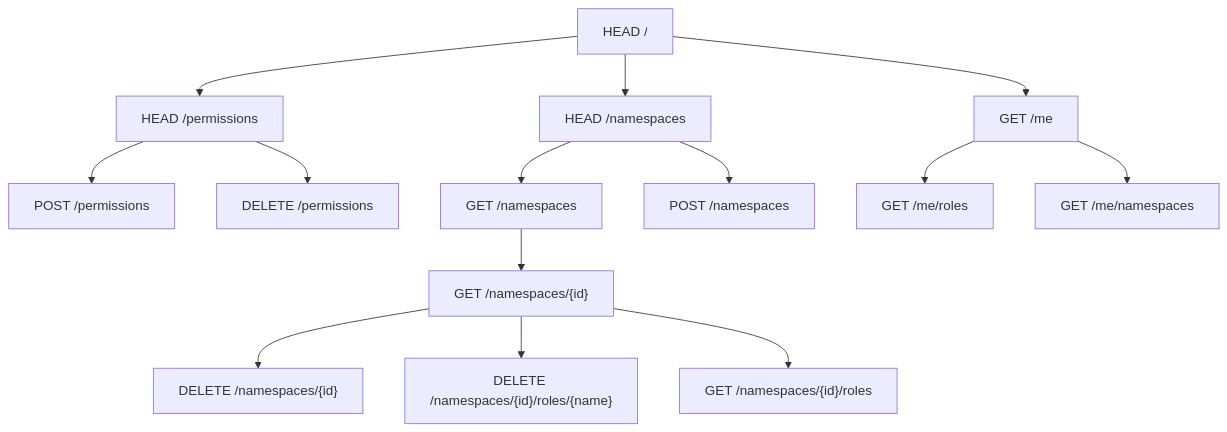
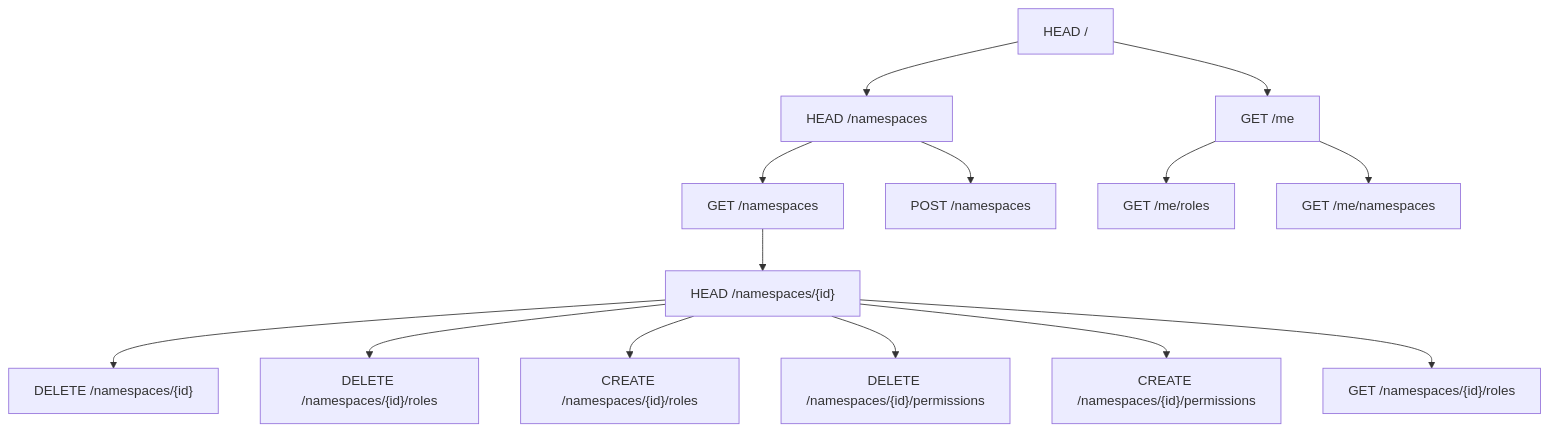
The diagram in guard-server/README.md (Mcfloy/guard), drawn with Mermaid before and after one commit. The commit also changed 13 other files, not shown here.

````diff
--- a/guard-server/README.md
+++ b/guard-server/README.md
@@ -42,30 +42,30 @@
 ```mermaid
 flowchart TB
     Root["HEAD /"]
-    PermissionsInfo["HEAD /permissions"]
-    PermissionsGrant["POST /permissions"]
-    PermissionsRemove["DELETE /permissions"]
     NamespacesInfo["HEAD /namespaces"]
     NamespacesList["GET /namespaces"]
     NamespacesCreate["POST /namespaces"]
     NamespacesDelete["DELETE /namespaces/{id}"]
-    NamespacesId["GET /namespaces/{id}"]
+    NamespacesId["HEAD /namespaces/{id}"]
     NamespacesRoles["GET /namespaces/{id}/roles"]
-    NamespacesDeleteRoles["DELETE /namespaces/{id}/roles/{name}"]
+    NamespacesCreateRoles["CREATE /namespaces/{id}/roles"]
+    NamespacesDeleteRoles["DELETE /namespaces/{id}/roles"]
+    NamespacesCreatePermissions["CREATE /namespaces/{id}/permissions"]
+    NamespacesDeletePermissions["DELETE /namespaces/{id}/permissions"]
     MeInfo["GET /me"]
     MeRoles["GET /me/roles"]
     MeNamespaces["GET /me/namespaces"]
     MeInfo --> MeRoles
     MeInfo --> MeNamespaces
     Root --> MeInfo
     NamespacesId --> NamespacesDelete
     NamespacesId --> NamespacesDeleteRoles
+    NamespacesId --> NamespacesCreateRoles
+    NamespacesId --> NamespacesDeletePermissions
+    NamespacesId --> NamespacesCreatePermissions
     NamespacesId --> NamespacesRoles
     NamespacesList --> NamespacesId
     NamespacesInfo --> NamespacesList
     NamespacesInfo --> NamespacesCreate
     Root --> NamespacesInfo
-    PermissionsInfo --> PermissionsRemove
-    PermissionsInfo --> PermissionsGrant
-    Root --> PermissionsInfo
 ```
````
